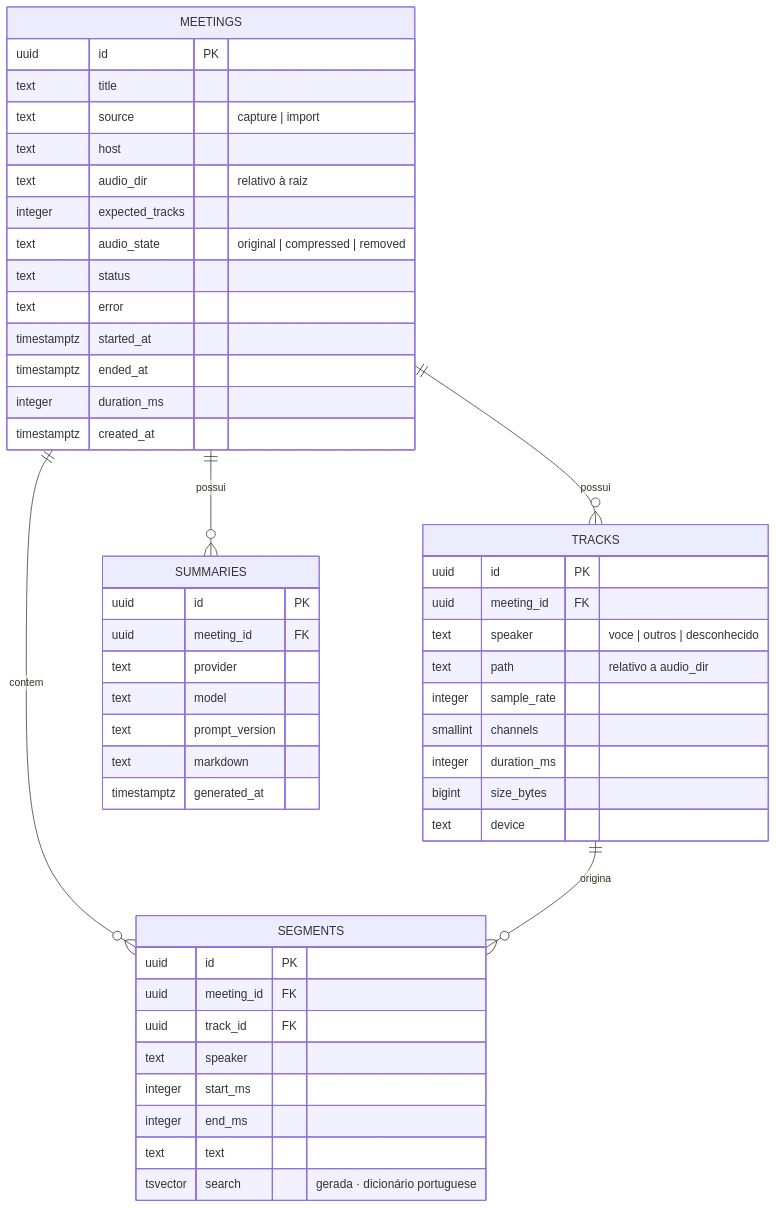
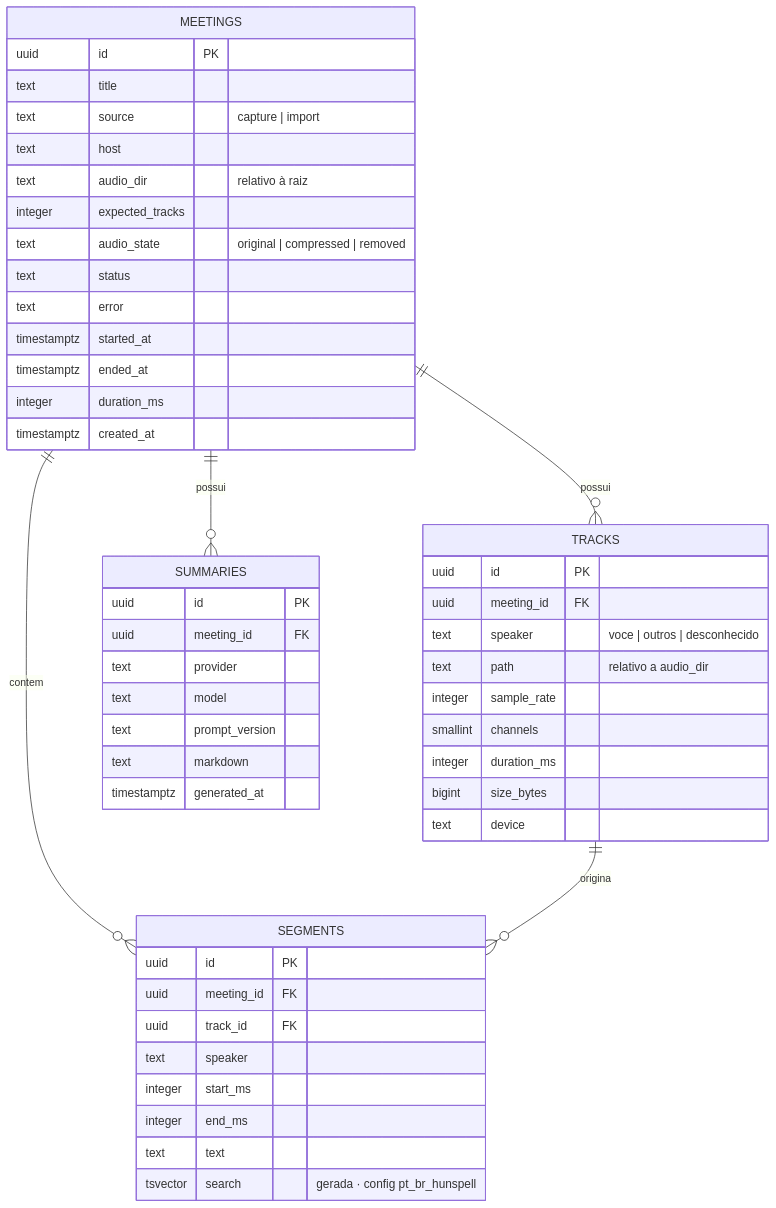
Before and after one commit to daniloladeira/cronista: the third of 3 diagrams in docs/08-modelo-de-dados.md, drawn with Mermaid. The commit also changed other lines of this file and 14 other files, not shown here.

````diff
--- a/docs/08-modelo-de-dados.md
+++ b/docs/08-modelo-de-dados.md
@@ -244,53 +244,53 @@
 ```mermaid
 erDiagram
     MEETINGS ||--o{ TRACKS : possui
     MEETINGS ||--o{ SEGMENTS : contem
     MEETINGS ||--o{ SUMMARIES : possui
     TRACKS   ||--o{ SEGMENTS : origina
 
     MEETINGS {
         uuid        id PK
         text        title
         text        source "capture | import"
         text        host
         text        audio_dir "relativo à raiz"
         integer     expected_tracks
         text        audio_state "original | compressed | removed"
         text        status
         text        error
         timestamptz started_at
         timestamptz ended_at
         integer     duration_ms
         timestamptz created_at
     }
     TRACKS {
         uuid     id PK
         uuid     meeting_id FK
         text     speaker "voce | outros | desconhecido"
         text     path "relativo a audio_dir"
         integer  sample_rate
         smallint channels
         integer  duration_ms
         bigint   size_bytes
         text     device
     }
     SEGMENTS {
         uuid     id PK
         uuid     meeting_id FK
         uuid     track_id FK
         text     speaker
         integer  start_ms
         integer  end_ms
         text     text
-        tsvector search "gerada · dicionário portuguese"
+        tsvector search "gerada · config pt_br_hunspell"
     }
     SUMMARIES {
         uuid        id PK
         uuid        meeting_id FK
         text        provider
         text        model
         text        prompt_version
         text        markdown
         timestamptz generated_at
     }
 ```
````
